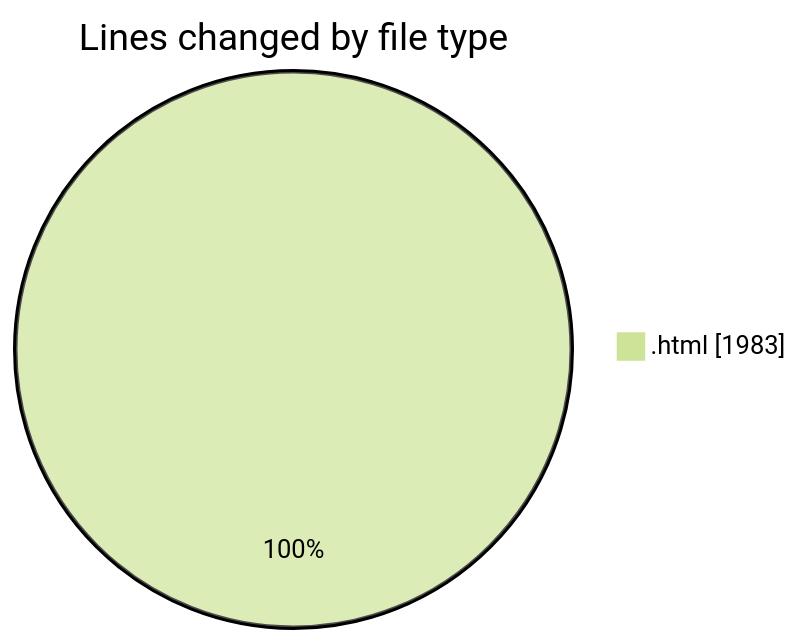
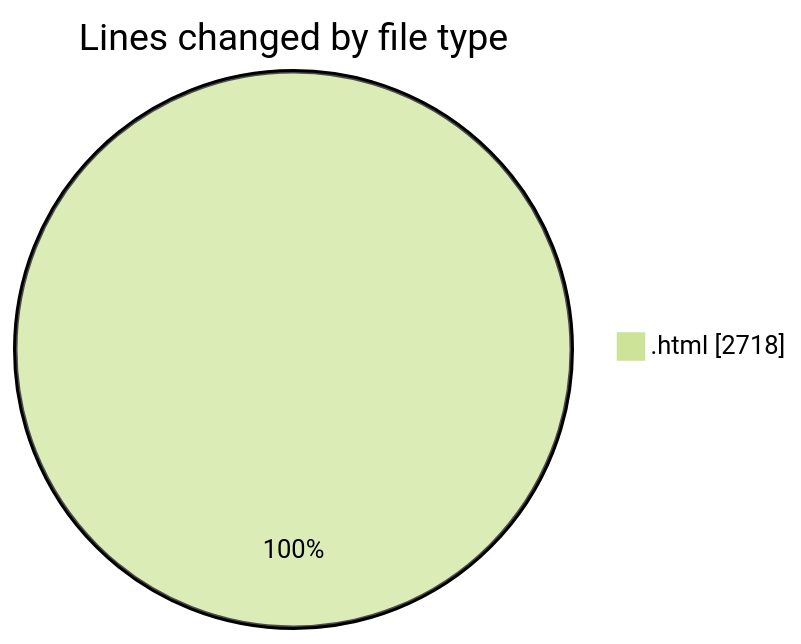
One commit to Ritupan-Deka/code-tracking changed the first of 2 diagrams in 2025-02-15/0starter_files/README.md. Above: the diagram before and after it, drawn with Mermaid (forest theme). The commit also changed other lines of this file and 1 other file, not shown here.

````diff
--- a/2025-02-15/0starter_files/README.md
+++ b/2025-02-15/0starter_files/README.md
@@ -20,5 +20,5 @@
 ```mermaid
 pie showData
 title Lines changed by file type
-".html" : 1983
+".html" : 2718
 ```
````
